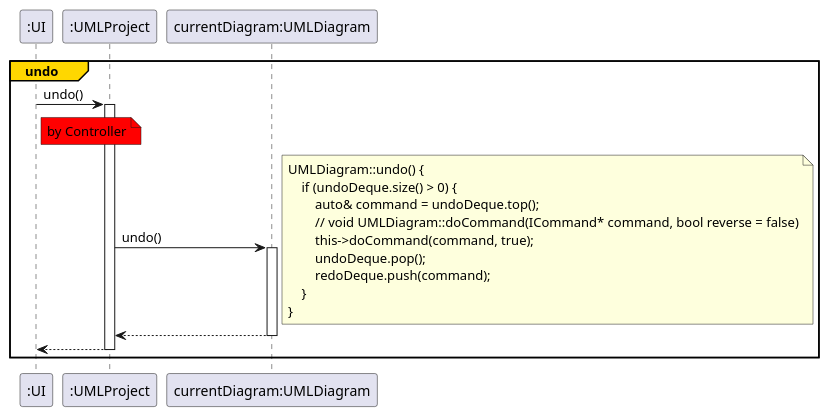
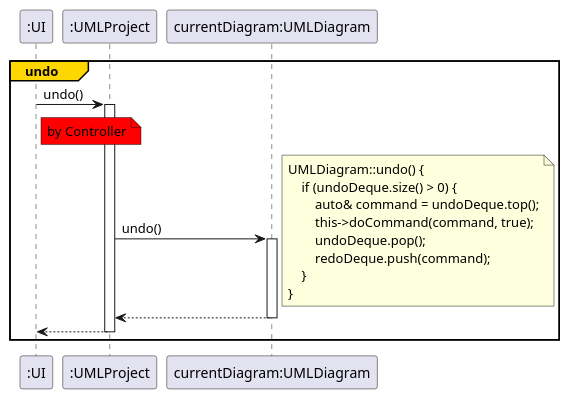
Diagram 12 of 16 in docs/graphs/ssd.iuml (Vghxv/Dr.UML__________________), drawn with PlantUML before and after one commit. The commit also changed 1 other file, not shown here.

Commit message:
chore(diagram): Remove comment in ssd::undo::note

```diff
--- a/docs/graphs/ssd.iuml
+++ b/docs/graphs/ssd.iuml
@@ -265,22 +265,21 @@
 @startuml undo
 /'undo'/
 autoactivate on
 group#gold #white undo
     ":UI" -> ":UMLProject" : undo()
     note right of ":UI" #red: by Controller
         ":UMLProject" -> "currentDiagram:UMLDiagram" : undo()
         note right 
         UMLDiagram::undo() {
             if (undoDeque.size() > 0) {
                 auto& command = undoDeque.top();
-                // void UMLDiagram::doCommand(ICommand* command, bool reverse = false)
                 this->doCommand(command, true);
                 undoDeque.pop();
                 redoDeque.push(command);
             }
         }
         end note
         return
     return
 end undo
 @enduml
```
